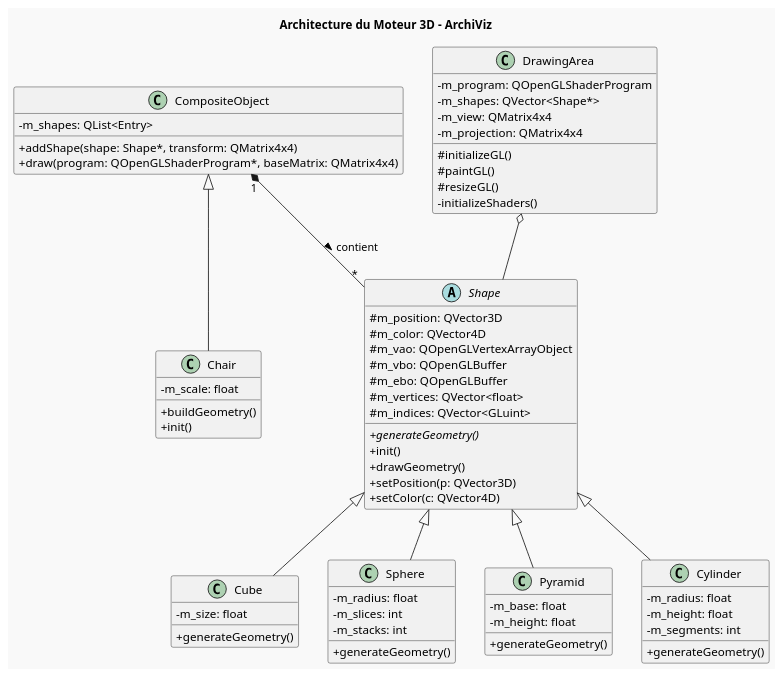
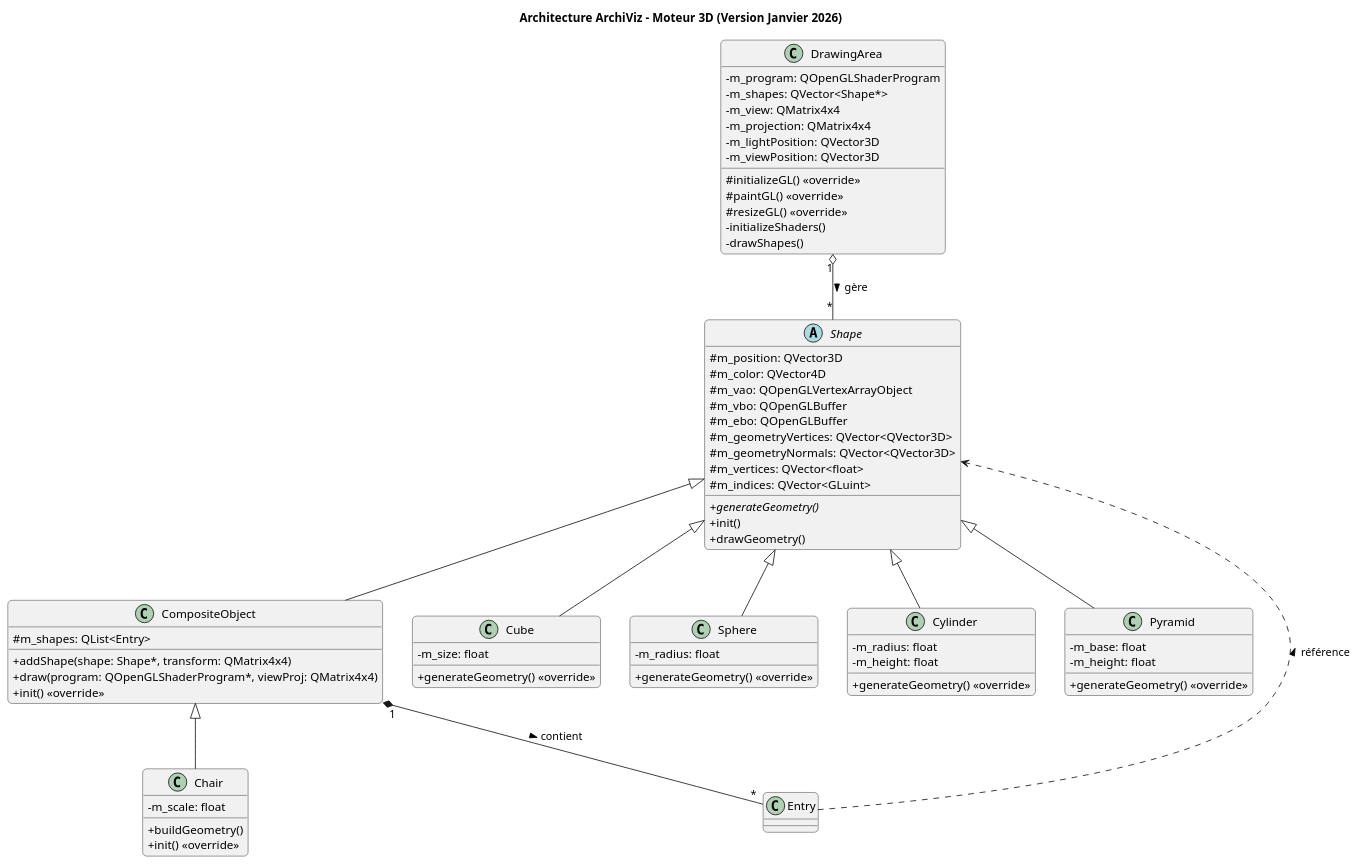
Before and after one commit to OresteGabo/GraphvizCPP: the diagram in Architecture.puml, drawn with PlantUML.

Commit message:
Refactorisation : Ajustement des paramètres et ajout de nouvelles classes dérivées dans `Architecture.puml` pour améliorer la clarté de la structure et des relations.

```diff
--- a/Architecture.puml
+++ b/Architecture.puml
@@ -1,81 +1,81 @@
 @startuml
-title Architecture du Moteur 3D - ArchiViz
+title Architecture ArchiViz - Moteur 3D (Version Janvier 2026)
 
 skinparam classAttributeIconSize 0
-skinparam backgroundColor #F9F9F9
+skinparam backgroundColor #FFFFFF
+skinparam roundcorner 10
 
 abstract class Shape {
   # m_position: QVector3D
   # m_color: QVector4D
   # m_vao: QOpenGLVertexArrayObject
   # m_vbo: QOpenGLBuffer
   # m_ebo: QOpenGLBuffer
+  # m_geometryVertices: QVector<QVector3D>
+  # m_geometryNormals: QVector<QVector3D>
   # m_vertices: QVector<float>
   # m_indices: QVector<GLuint>
   + {abstract} generateGeometry()
   + init()
   + drawGeometry()
-  + setPosition(p: QVector3D)
-  + setColor(c: QVector4D)
-}
-
-class Cube {
-  - m_size: float
-  + generateGeometry()
-}
-
-class Sphere {
-  - m_radius: float
-  - m_slices: int
-  - m_stacks: int
-  + generateGeometry()
-}
-
-class Pyramid {
-  - m_base: float
-  - m_height: float
-  + generateGeometry()
-}
-
-class Cylinder {
-  - m_radius: float
-  - m_height: float
-  - m_segments: int
-  + generateGeometry()
 }
 
 class CompositeObject {
-  - m_shapes: QList<Entry>
+  # m_shapes: QList<Entry>
   + addShape(shape: Shape*, transform: QMatrix4x4)
-  + draw(program: QOpenGLShaderProgram*, baseMatrix: QMatrix4x4)
+  + draw(program: QOpenGLShaderProgram*, viewProj: QMatrix4x4)
+  + init() <<override>>
 }
 
 class Chair {
   - m_scale: float
   + buildGeometry()
-  + init()
+  + init() <<override>>
 }
 
 class DrawingArea {
   - m_program: QOpenGLShaderProgram
   - m_shapes: QVector<Shape*>
   - m_view: QMatrix4x4
   - m_projection: QMatrix4x4
-  # initializeGL()
-  # paintGL()
-  # resizeGL()
+  - m_lightPosition: QVector3D
+  - m_viewPosition: QVector3D
+  # initializeGL() <<override>>
+  # paintGL() <<override>>
+  # resizeGL() <<override>>
   - initializeShaders()
+  - drawShapes()
 }
 
-' Relations d'héritage
+' Primitives
+class Cube {
+  - m_size: float
+  + generateGeometry() <<override>>
+}
+class Sphere {
+  - m_radius: float
+  + generateGeometry() <<override>>
+}
+class Cylinder {
+  - m_radius: float
+  - m_height: float
+  + generateGeometry() <<override>>
+}
+class Pyramid {
+  - m_base: float
+  - m_height: float
+  + generateGeometry() <<override>>
+}
+
+' Relations
 Shape <|-- Cube
 Shape <|-- Sphere
+Shape <|-- Cylinder
 Shape <|-- Pyramid
-Shape <|-- Cylinder
+Shape <|-- CompositeObject
 CompositeObject <|-- Chair
 
-' Relations de composition/utilisation
-DrawingArea o-- Shape
-CompositeObject "1" *-- "*" Shape : contient >
-
+DrawingArea "1" o-- "*" Shape : gère >
+CompositeObject "1" *-- "*" Entry : contient >
+Entry ..> Shape : référence >
 @enduml
```
